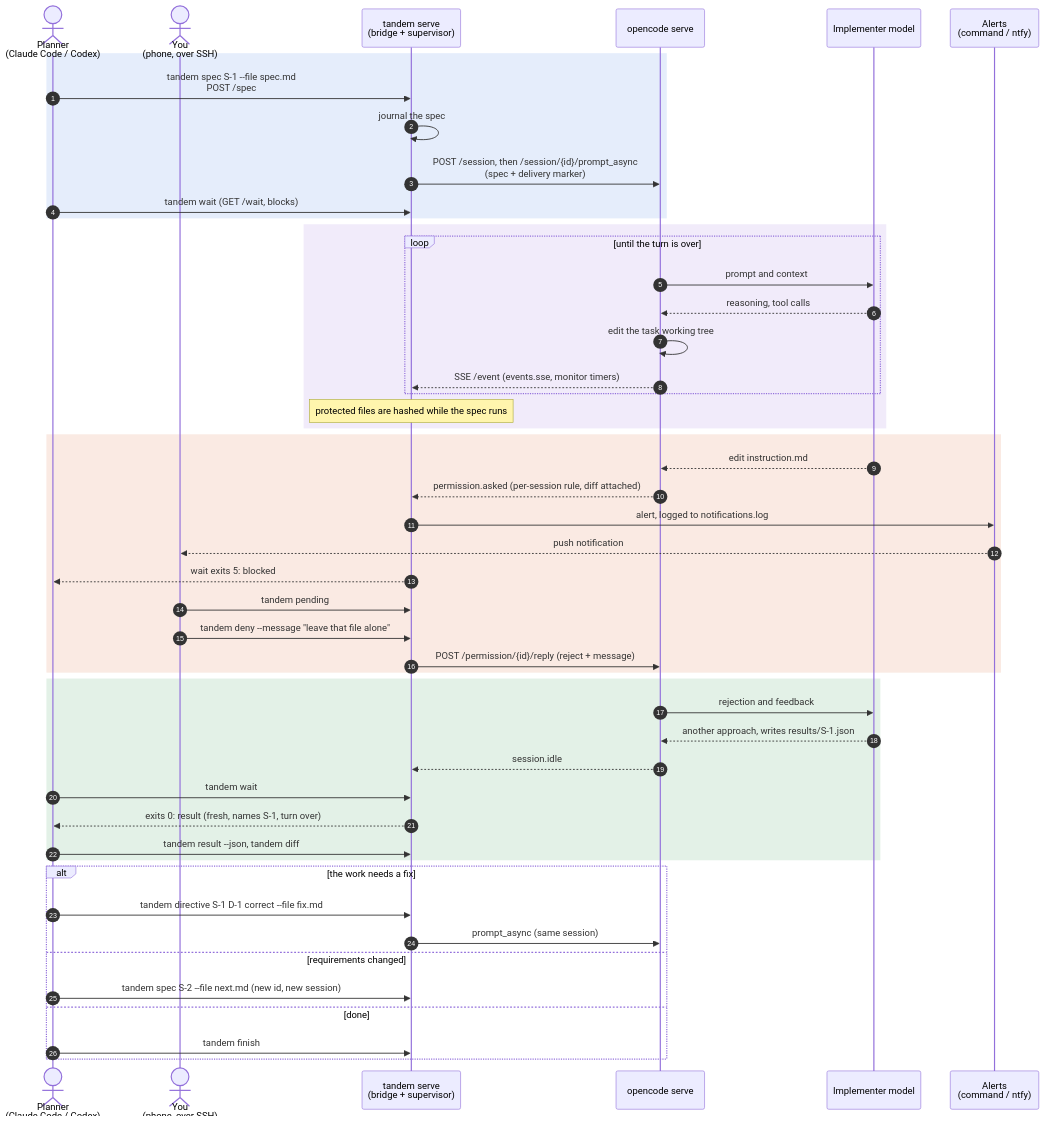
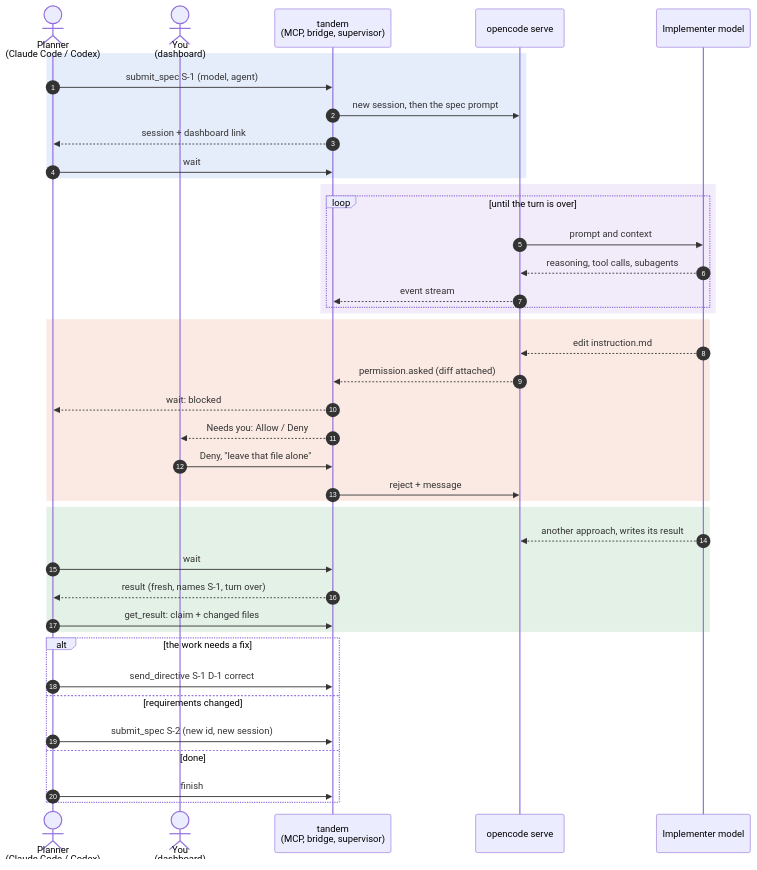
One commit to mumoj/tandem changed the second of 2 diagrams in README.md. Above: the diagram before and after it, drawn with Mermaid. The commit also changed other lines of this file and 26 other files, not shown here.

````diff
--- a/README.md
+++ b/README.md
@@ -47,56 +50,48 @@
 ```mermaid
 sequenceDiagram
     autonumber
     actor P as Planner<br/>(Claude Code / Codex)
-    actor H as You<br/>(phone, over SSH)
-    participant T as tandem serve<br/>(bridge + supervisor)
+    actor H as You<br/>(dashboard)
+    participant T as tandem<br/>(MCP, bridge, supervisor)
     participant O as opencode serve
     participant M as Implementer model
-    participant A as Alerts<br/>(command / ntfy)
 
     rect rgba(47, 111, 219, 0.12)
-    P->>T: tandem spec S-1 --file spec.md<br/>POST /spec
-    T->>T: journal the spec
-    T->>O: POST /session, then /session/{id}/prompt_async<br/>(spec + delivery marker)
-    P->>T: tandem wait (GET /wait, blocks)
+    P->>T: submit_spec S-1 (model, agent)
+    T->>O: new session, then the spec prompt
+    T-->>P: session + dashboard link
+    P->>T: wait
     end
 
     rect rgba(138, 92, 214, 0.12)
     loop until the turn is over
         O->>M: prompt and context
-        M-->>O: reasoning, tool calls
-        O->>O: edit the task working tree
-        O-->>T: SSE /event (events.sse, monitor timers)
+        M-->>O: reasoning, tool calls, subagents
+        O-->>T: event stream
     end
-    Note over T: protected files are hashed while the spec runs
     end
 
     rect rgba(209, 80, 31, 0.12)
     M-->>O: edit instruction.md
-    O-->>T: permission.asked (per-session rule, diff attached)
-    T->>A: alert, logged to notifications.log
-    A-->>H: push notification
-    T-->>P: wait exits 5: blocked
-    H->>T: tandem pending
-    H->>T: tandem deny --message "leave that file alone"
-    T->>O: POST /permission/{id}/reply (reject + message)
+    O-->>T: permission.asked (diff attached)
+    T-->>P: wait: blocked
+    T-->>H: Needs you: Allow / Deny
+    H->>T: Deny, "leave that file alone"
+    T->>O: reject + message
     end
 
     rect rgba(31, 138, 59, 0.12)
-    O->>M: rejection and feedback
-    M-->>O: another approach, writes results/S-1.json
-    O-->>T: session.idle
-    P->>T: tandem wait
-    T-->>P: exits 0: result (fresh, names S-1, turn over)
-    P->>T: tandem result --json, tandem diff
+    M-->>O: another approach, writes its result
+    P->>T: wait
+    T-->>P: result (fresh, names S-1, turn over)
+    P->>T: get_result: claim + changed files
     end
 
     alt the work needs a fix
-        P->>T: tandem directive S-1 D-1 correct --file fix.md
-        T->>O: prompt_async (same session)
+        P->>T: send_directive S-1 D-1 correct
     else requirements changed
-        P->>T: tandem spec S-2 --file next.md (new id, new session)
+        P->>T: submit_spec S-2 (new id, new session)
     else done
-        P->>T: tandem finish
+        P->>T: finish
     end
 ```
````
